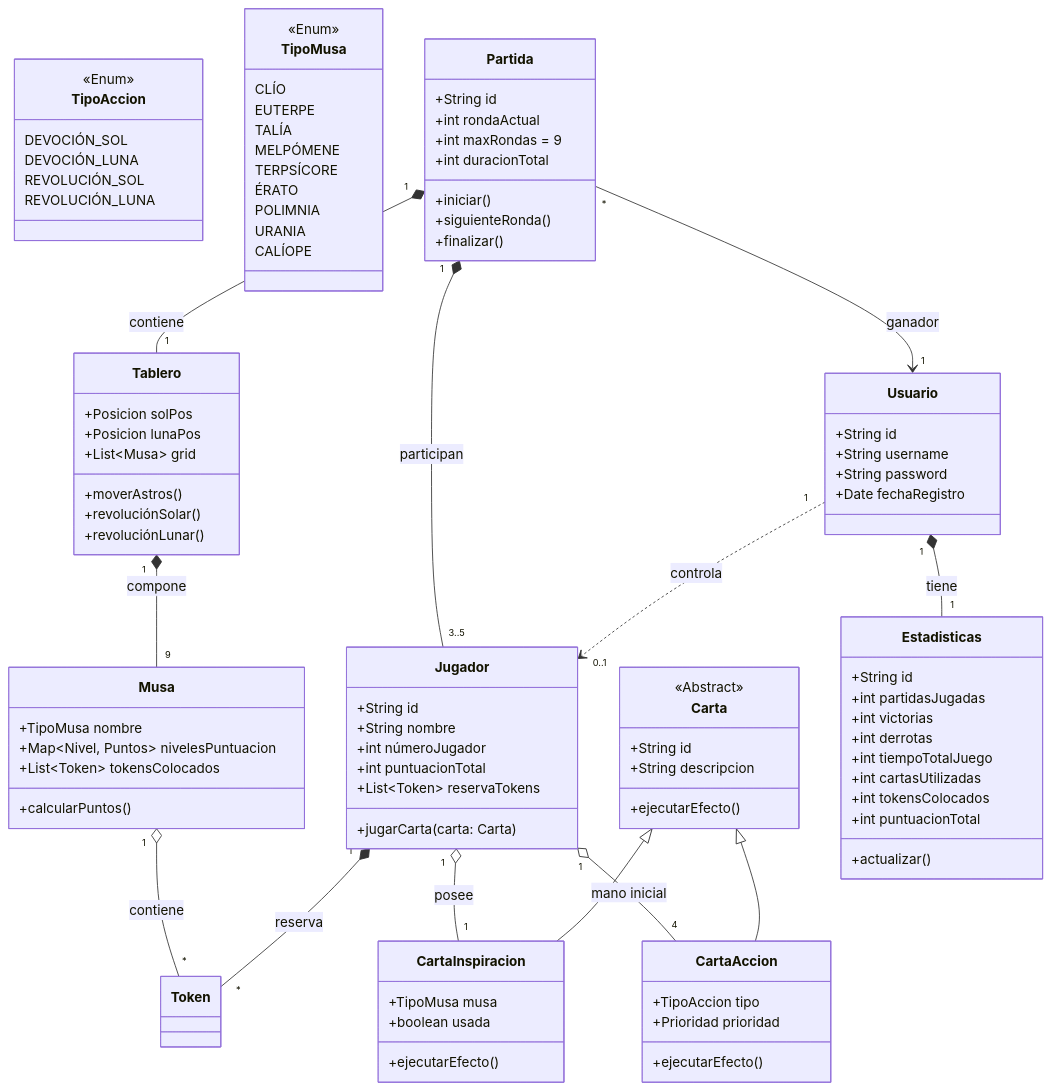
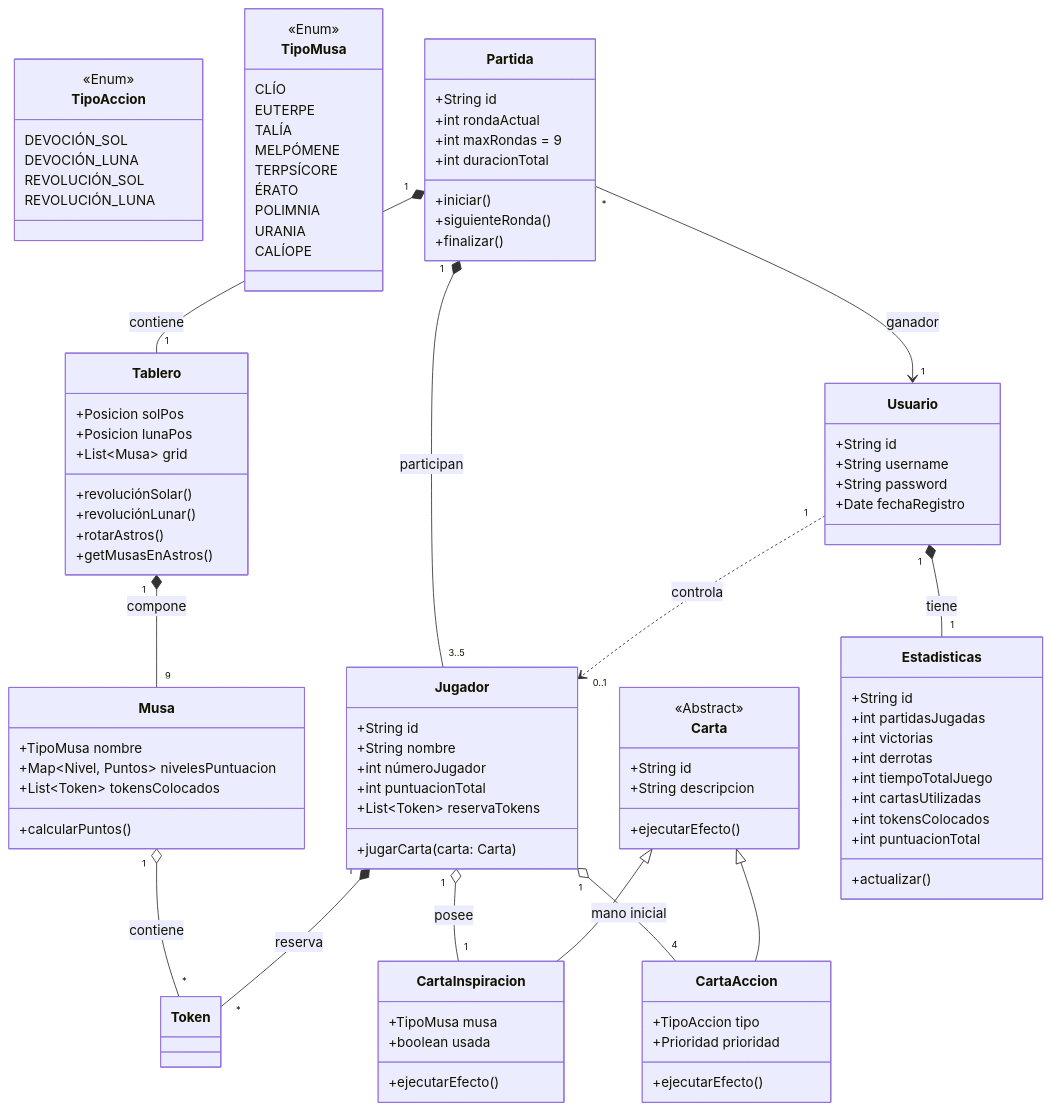
The diagram in docs/Análisis/Modelo de Dominio.md (PedroJimenezGuerrero/Muses_TFG), drawn with Mermaid before and after one commit. The commit also changed 2 other files, not shown here.

Commit message:
docs(Tablero): :memo: actualizar modelo de dominio

```diff
--- a/docs/Análisis/Modelo de Dominio.md
+++ b/docs/Análisis/Modelo de Dominio.md
@@ -62,9 +62,10 @@
         +Posicion solPos
         +Posicion lunaPos
         +List~Musa~ grid
-        +moverAstros()
         +revoluciónSolar()
         +revoluciónLunar()
+        +rotarAstros()
+        +getMusasEnAstros()
     }
 
     class Jugador:::core {
```
